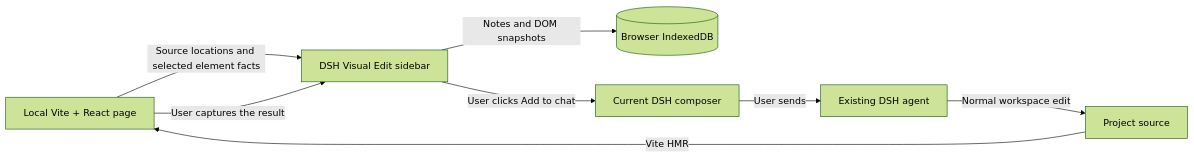
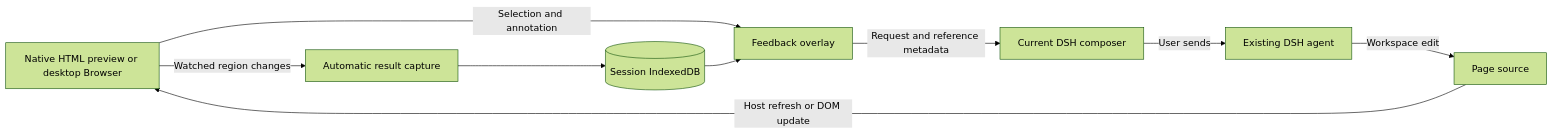
The diagram in docs/architecture.md (Han-1413141/dsh-visual-edit), drawn with Mermaid (forest theme) before and after one commit. The commit also changed other lines of this file and 39 other files, not shown here.

````diff
--- a/docs/architecture.md
+++ b/docs/architecture.md
@@ -5,10 +5,11 @@
 ```mermaid
 flowchart LR
-  A[Local Vite + React page] -->|Source locations and selected element facts| B[DSH Visual Edit sidebar]
-  B -->|Notes and DOM snapshots| C[(Browser IndexedDB)]
-  B -->|User clicks Add to chat| D[Current DSH composer]
-  D -->|User sends| E[Existing DSH agent]
-  E -->|Normal workspace edit| F[Project source]
-  F -->|Vite HMR| A
-  A -->|User captures the result| B
+  A[Native HTML preview or desktop Browser] -->|Selection and annotation| B[Feedback overlay]
+  B -->|Request and reference metadata| C[Current DSH composer]
+  C -->|User sends| D[Existing DSH agent]
+  D -->|Workspace edit| E[Page source]
+  E -->|Host refresh or DOM update| A
+  A -->|Watched region changes| F[Automatic result capture]
+  F --> G[(Session IndexedDB)]
+  G --> B
 ```
````
